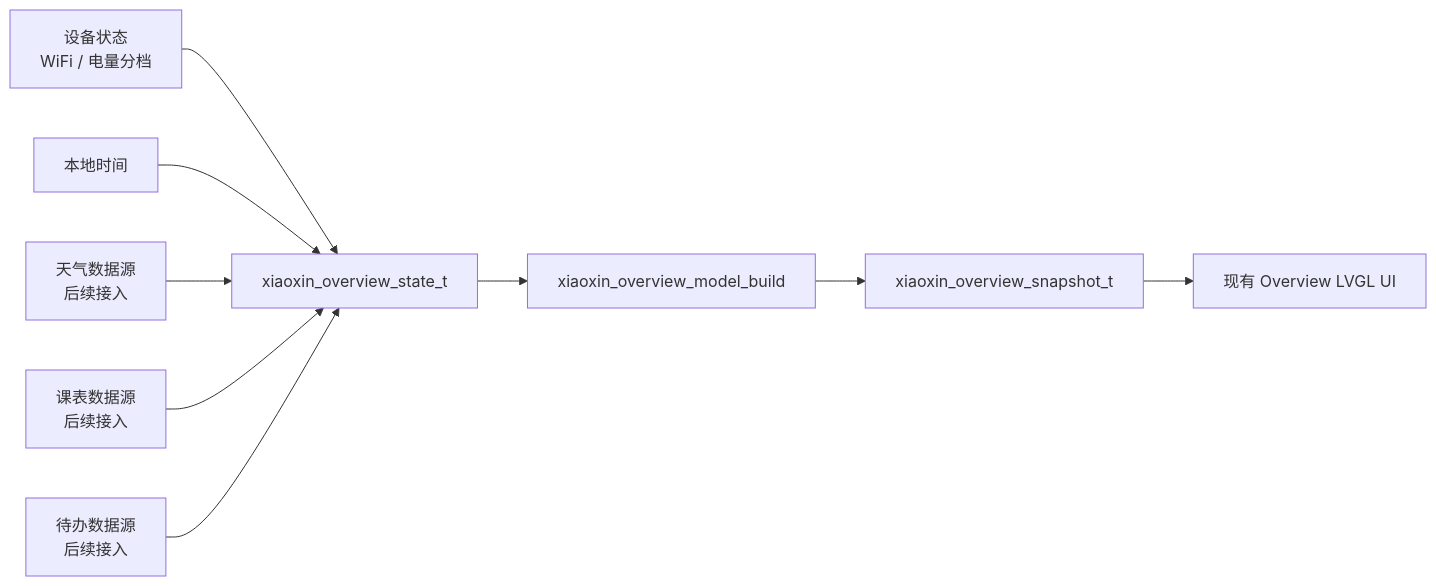
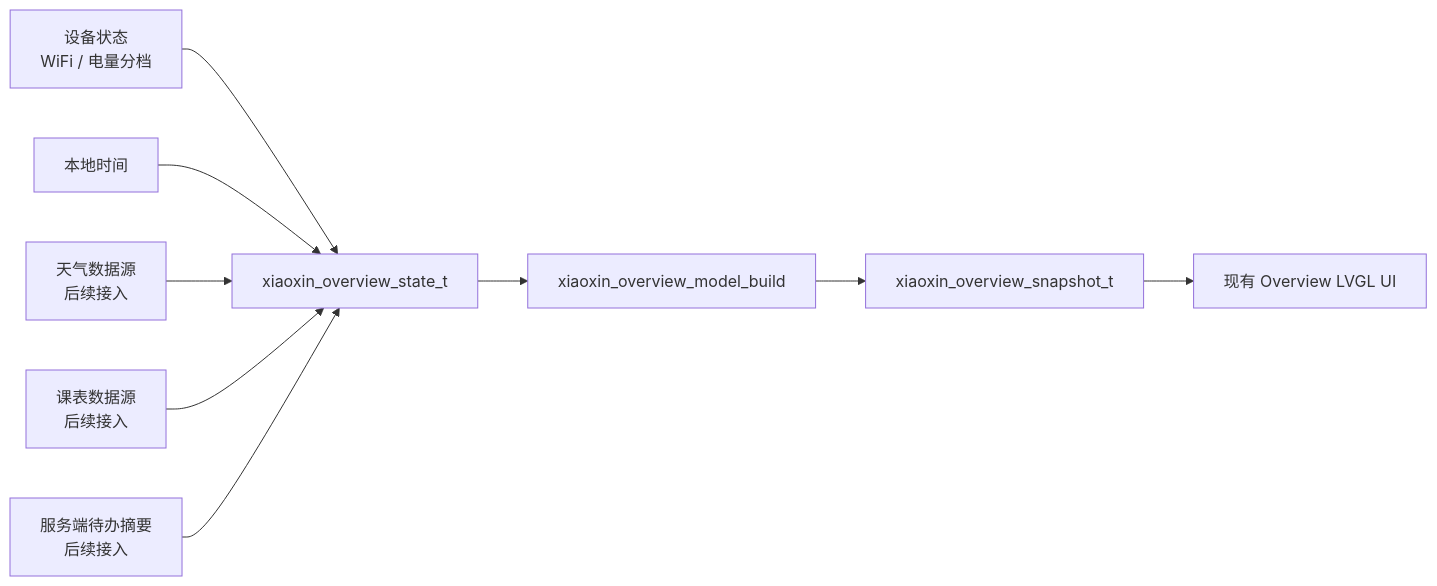
One commit to jiang-source-tech/hzcu_xiaoxin_firmwire changed the diagram in docs/superpowers/specs/2026-06-19-xiaoxin-real-overview-data-design.zh-CN.md. Above: the diagram before and after it, drawn with Mermaid. The commit also changed other lines of this file and 3 other files, not shown here.

````diff
--- a/docs/superpowers/specs/2026-06-19-xiaoxin-real-overview-data-design.zh-CN.md
+++ b/docs/superpowers/specs/2026-06-19-xiaoxin-real-overview-data-design.zh-CN.md
@@ -269,11 +302,11 @@
 ```mermaid
 flowchart LR
     DeviceState["设备状态\nWiFi / 电量分档"] --> OverviewState["xiaoxin_overview_state_t"]
     LocalTime["本地时间"] --> OverviewState
     Weather["天气数据源\n后续接入"] --> OverviewState
     Courses["课表数据源\n后续接入"] --> OverviewState
-    Todos["待办数据源\n后续接入"] --> OverviewState
+    Todos["服务端待办摘要\n后续接入"] --> OverviewState
     OverviewState --> Model["xiaoxin_overview_model_build"]
     Model --> Snapshot["xiaoxin_overview_snapshot_t"]
     Snapshot --> UI["现有 Overview LVGL UI"]
 ```
````
